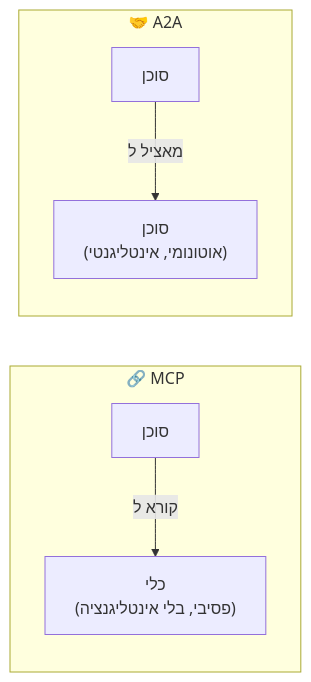
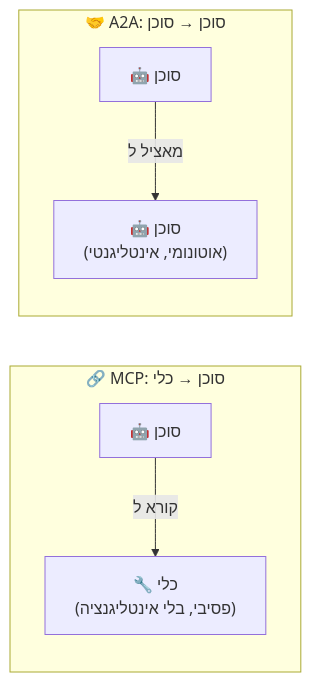
Before and after one commit to roie9876/AI-Agent-Platform: diagram 22 of 27 in education/heb/16-agent-frameworks.md, drawn with Mermaid. The commit also changed other lines of this file and 1 other file, not shown here.

Commit message:
fix+feat: escape dollar signs in mermaid, expand MCP and A2A sections in chapter 16 with architecture diagrams, code examples, Agent Card JSON samples, and communication flows

````diff
--- a/education/heb/16-agent-frameworks.md
+++ b/education/heb/16-agent-frameworks.md
@@ -702,10 +959,10 @@
 ```mermaid
 graph LR
-    subgraph "🔗 MCP"
-        MCPA["סוכן"] -->|"קורא ל"| MCPT["כלי<br/>(פסיבי, בלי אינטליגנציה)"]
+    subgraph "🔗 MCP: סוכן → כלי"
+        MCPA["🤖 סוכן"] -->|"קורא ל"| MCPT["🔧 כלי<br/>(פסיבי, בלי אינטליגנציה)"]
     end
     
-    subgraph "🤝 A2A"
-        A2AA["סוכן"] -->|"מאציל ל"| A2AB["סוכן<br/>(אוטונומי, אינטליגנטי)"]
+    subgraph "🤝 A2A: סוכן → סוכן"
+        A2AA["🤖 סוכן"] -->|"מאציל ל"| A2AB["🤖 סוכן<br/>(אוטונומי, אינטליגנטי)"]
     end
 ```
````
